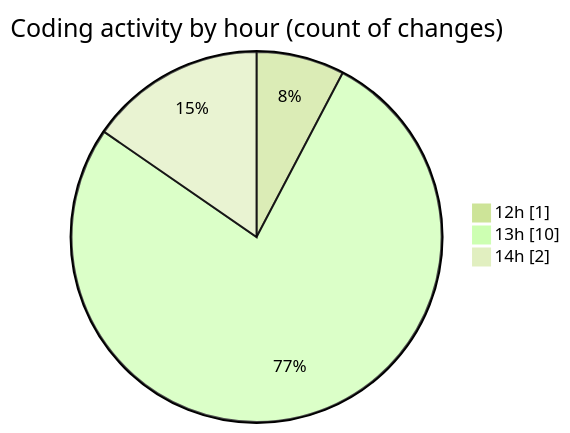
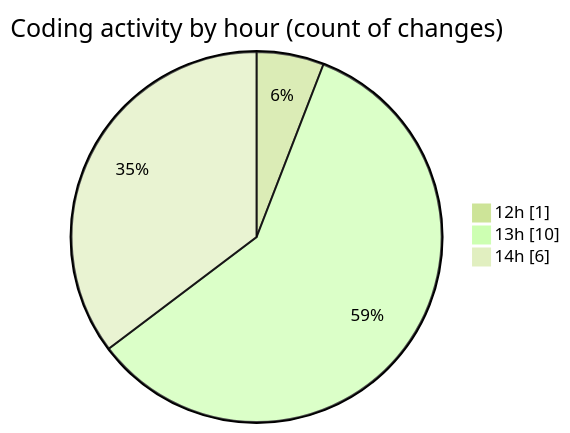
Before and after one commit to charlie-sans/code-tracking: the second of 2 diagrams in 2025-04-29/uhigh-lang/README.md, drawn with Mermaid (forest theme). The commit also changed other lines of this file and 1 other file, not shown here.

````diff
--- a/2025-04-29/uhigh-lang/README.md
+++ b/2025-04-29/uhigh-lang/README.md
@@ -36,7 +36,7 @@
 ```mermaid
 pie showData
 title Coding activity by hour (count of changes)
 "12h" : 1
 "13h" : 10
-"14h" : 2
+"14h" : 6
 ```
````
